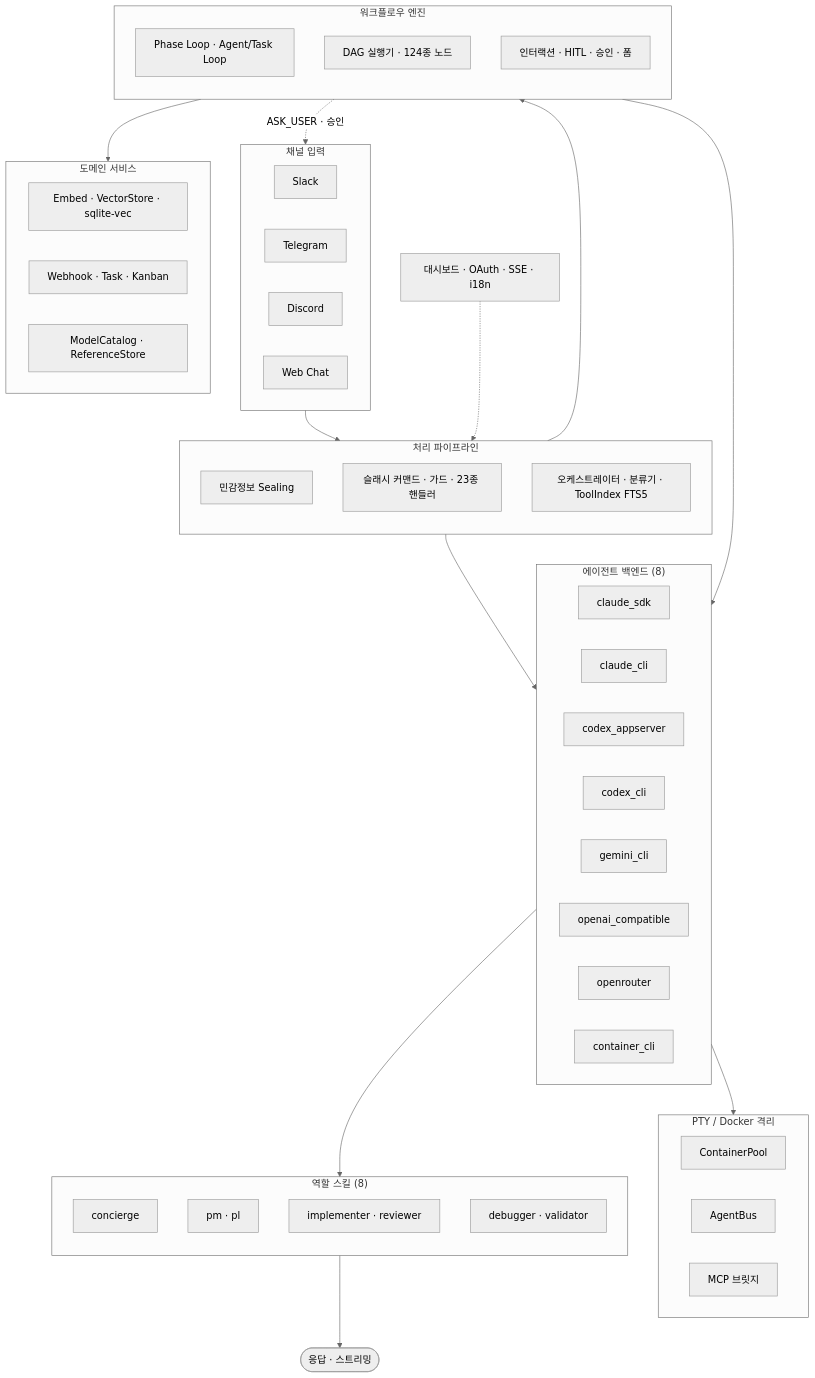
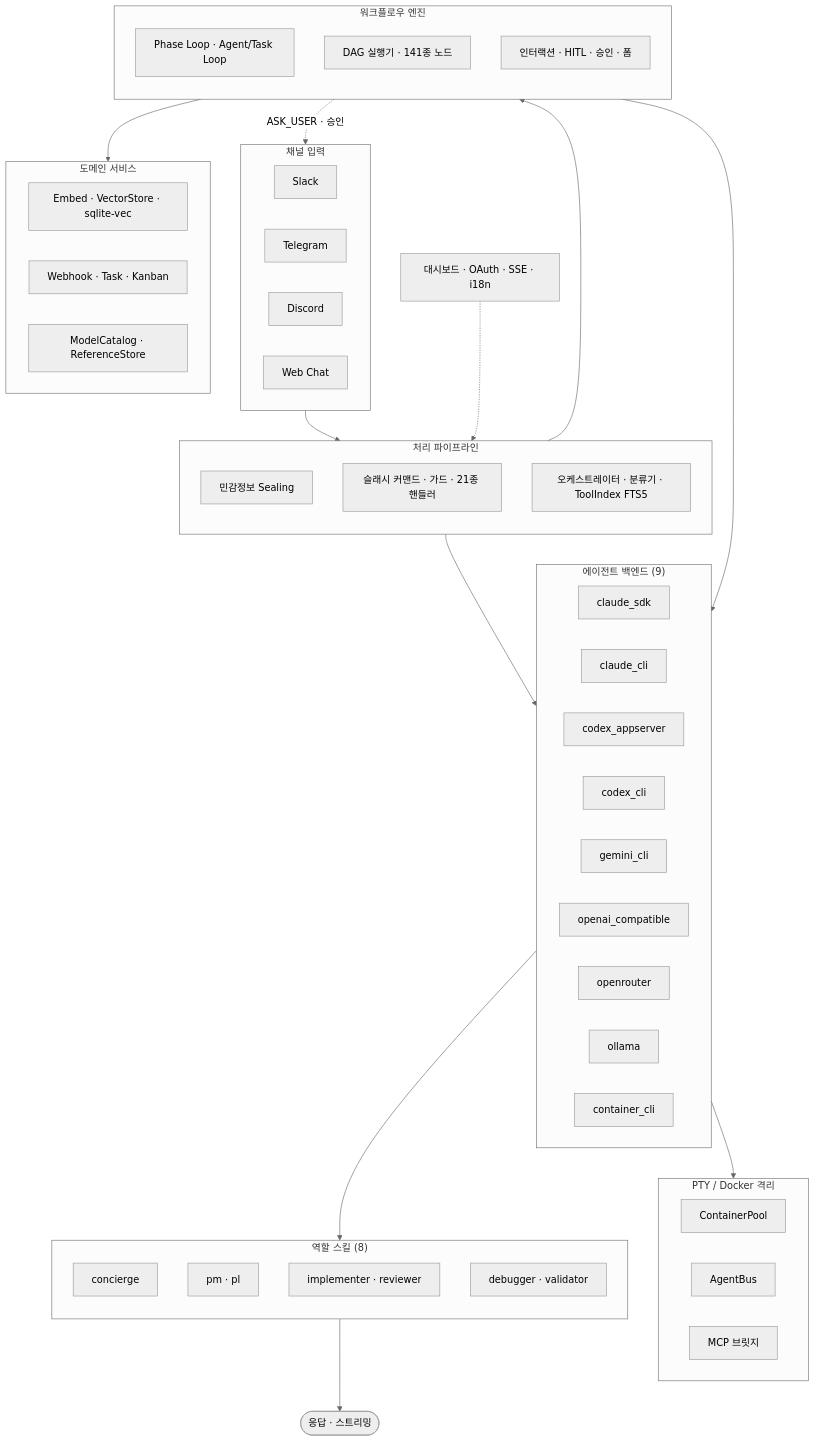
The first of 3 diagrams in README.md (berrzebb/SoulFlow-Orchestrator), drawn with Mermaid (neutral theme) before and after one commit. The commit also changed other lines of this file and 3 other files, not shown here.

First line of the commit message:
docs: README 수치 최신화 + ollama 백엔드 추가

````diff
--- a/README.md
+++ b/README.md
@@ -31,71 +31,72 @@
 ```mermaid
 flowchart TD
     subgraph Channels["채널 입력"]
         direction LR
         SL[Slack]
         TG[Telegram]
         DS[Discord]
         WEB[Web Chat]
     end
 
     subgraph Pipeline["처리 파이프라인"]
         direction TB
         SEAL[민감정보 Sealing]
-        CMD[슬래시 커맨드 · 가드 · 23종 핸들러]
+        CMD[슬래시 커맨드 · 가드 · 21종 핸들러]
         ORCH[오케스트레이터 · 분류기 · ToolIndex FTS5]
     end
 
-    subgraph Backends["에이전트 백엔드 (8)"]
+    subgraph Backends["에이전트 백엔드 (9)"]
         direction LR
         CSDK[claude_sdk]
         CCLI[claude_cli]
         CAPPS[codex_appserver]
         CCLIX[codex_cli]
         GCLI[gemini_cli]
         OAI[openai_compatible]
         ORT[openrouter]
+        OLL[ollama]
         CTR[container_cli]
     end
 
     subgraph PTY["PTY / Docker 격리"]
         direction LR
         POOL[ContainerPool]
         BUS[AgentBus]
         BRIDGE[MCP 브릿지]
     end
 
     subgraph Workflows["워크플로우 엔진"]
         direction TB
         PL[Phase Loop · Agent/Task Loop]
-        DAG[DAG 실행기 · 124종 노드]
+        DAG[DAG 실행기 · 141종 노드]
         INTERACT[인터랙션 · HITL · 승인 · 폼]
     end
 
     subgraph Skills["역할 스킬 (8)"]
         direction TB
         BT[concierge]
         PM[pm · pl]
         IMPL[implementer · reviewer]
         DBG[debugger · validator]
     end
 
     subgraph Services["도메인 서비스"]
         direction LR
         EMBED[Embed · VectorStore · sqlite-vec]
         WEBHOOK[Webhook · Task · Kanban]
         CATALOG[ModelCatalog · ReferenceStore]
     end
 
     DASH[대시보드 · OAuth · SSE · i18n]
 
     Channels --> Pipeline
     Pipeline --> Backends
     Pipeline --> Workflows
     Workflows --> Backends
     INTERACT -.->|ASK_USER · 승인| Channels
     CTR --> PTY
     Backends --> Skills
     Skills --> OUT([응답 · 스트리밍])
     Workflows --> Services
     DASH -.-> Pipeline
 ```
````
